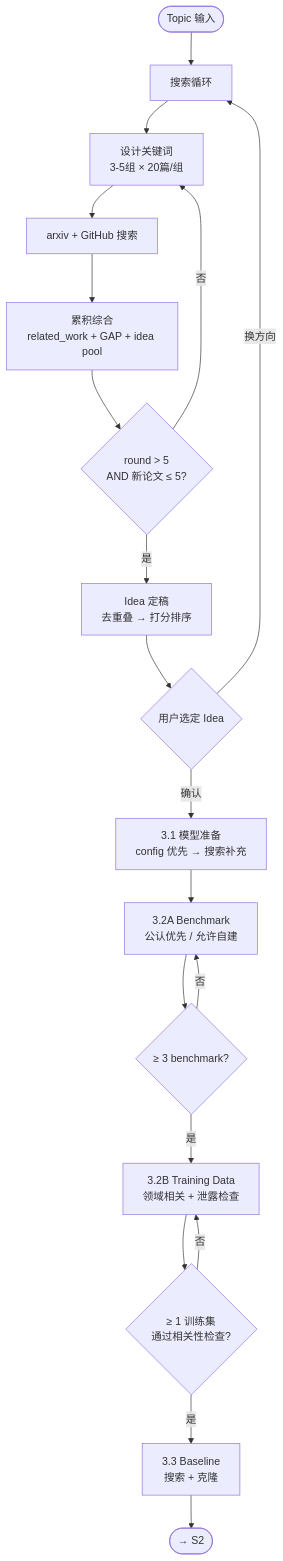
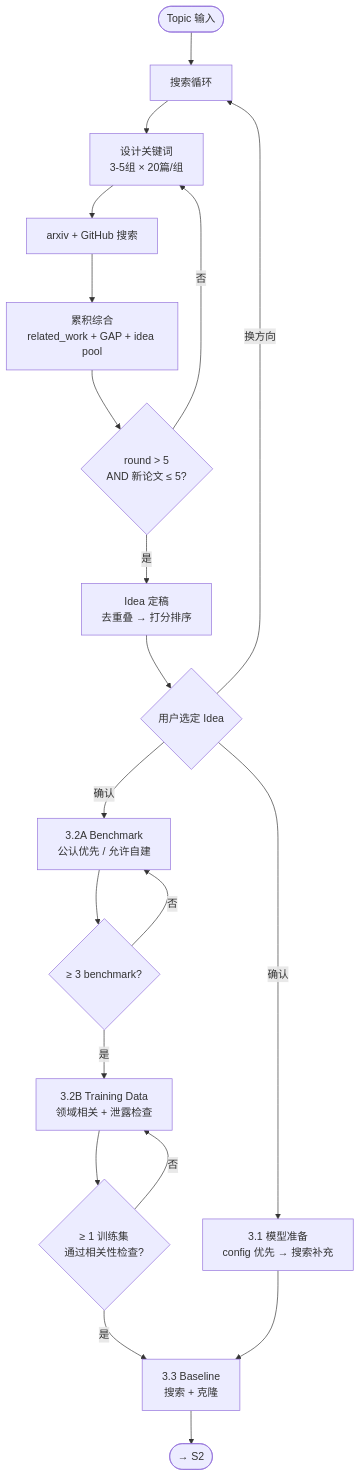
The diagram in auto-research-s1-flow/SKILL.md (JZAO20L/nano-auto-research), drawn with Mermaid before and after one commit.

Commit message:
fix: S1 Mermaid — model prep and dataset prep in parallel

````diff
--- a/auto-research-s1-flow/SKILL.md
+++ b/auto-research-s1-flow/SKILL.md
@@ -25,21 +25,22 @@
 ```mermaid
 flowchart TD
     START([Topic 输入]) --> LOOP[搜索循环]
     LOOP --> KW[设计关键词<br/>3-5组 × 20篇/组]
     KW --> SEARCH[arxiv + GitHub 搜索]
     SEARCH --> SYN[累积综合<br/>related_work + GAP + idea pool]
     SYN --> TERM{round > 5<br/>AND 新论文 ≤ 5?}
     TERM -->|否| KW
     TERM -->|是| IDEA[Idea 定稿<br/>去重叠 → 打分排序]
     IDEA --> GATE{用户选定 Idea}
     GATE -->|确认| MODEL[3.1 模型准备<br/>config 优先 → 搜索补充]
     GATE -->|换方向| LOOP
-    MODEL --> BENCH[3.2A Benchmark<br/>公认优先 / 允许自建]
+    GATE -->|确认| BENCH[3.2A Benchmark<br/>公认优先 / 允许自建]
     BENCH --> BENCHCHECK{≥ 3 benchmark?}
     BENCHCHECK -->|否| BENCH
     BENCHCHECK -->|是| TRAIN[3.2B Training Data<br/>领域相关 + 泄露检查]
     TRAIN --> TRAINCHECK{≥ 1 训练集<br/>通过相关性检查?}
     TRAINCHECK -->|否| TRAIN
     TRAINCHECK -->|是| BASE[3.3 Baseline<br/>搜索 + 克隆]
+    MODEL --> BASE
     BASE --> OUT([→ S2])
 ```
````
